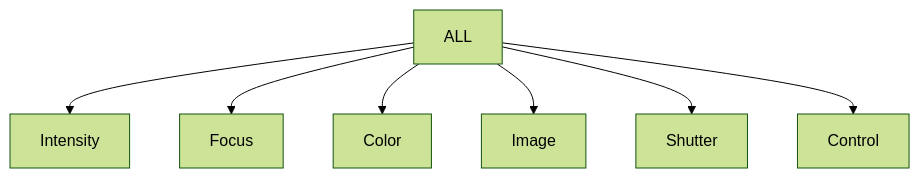
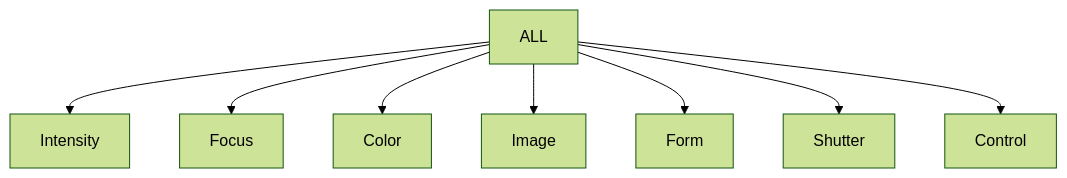
Before and after one commit to ueliriegg/EOS-Parameters: the diagram in README.md, drawn with Mermaid (forest theme).

Commit message:
readme: added Form to mermaid

````diff
--- a/README.md
+++ b/README.md
@@ -100,10 +100,11 @@
 ```mermaid
 graph TD;
   ALL --> Intensity;
   ALL --> Focus;
   ALL --> Color;
   ALL --> Image;
+  ALL --> Form;
   ALL --> Shutter;
   ALL --> Control;
 
 ```
````
